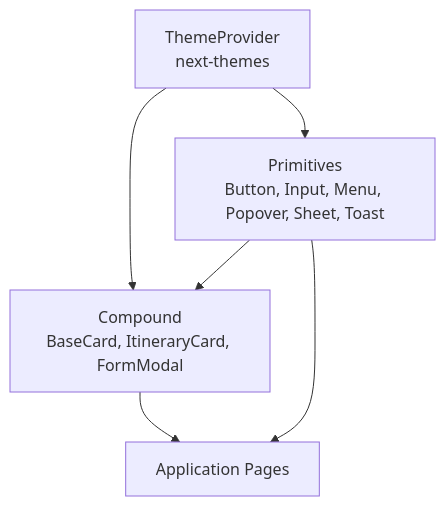
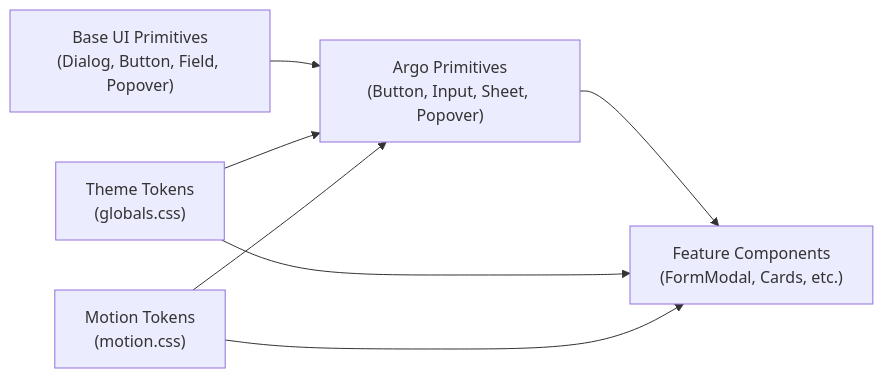
Before and after one commit to Meaetin/alibaba-hackathon: the second of 9 diagrams in .qoder/repowiki/en/content/Component Library/Component Library.md, drawn with Mermaid. The commit also changed other lines of this file and 241 other files, not shown here.

````diff
--- a/.qoder/repowiki/en/content/Component Library/Component Library.md
+++ b/.qoder/repowiki/en/content/Component Library/Component Library.md
@@ -142,12 +128,9 @@
 ```mermaid
-graph TB
-TH["ThemeProvider<br/>next-themes"]
-PRIMS["Primitives<br/>Button, Input, Menu, Popover, Sheet, Toast"]
-COMPOUND["Compound<br/>BaseCard, ItineraryCard, FormModal"]
-APP["Application Pages"]
-TH --> PRIMS
-TH --> COMPOUND
-PRIMS --> COMPOUND
-COMPOUND --> APP
-PRIMS --> APP
+graph LR
+A["Base UI Primitives<br/>(Dialog, Button, Field, Popover)"] --> B["Argo Primitives<br/>(Button, Input, Sheet, Popover)"]
+B --> C["Feature Components<br/>(FormModal, Cards, etc.)"]
+D["Theme Tokens<br/>(globals.css)"] --> B
+D --> C
+E["Motion Tokens<br/>(motion.css)"] --> B
+E --> C
 ```
````
